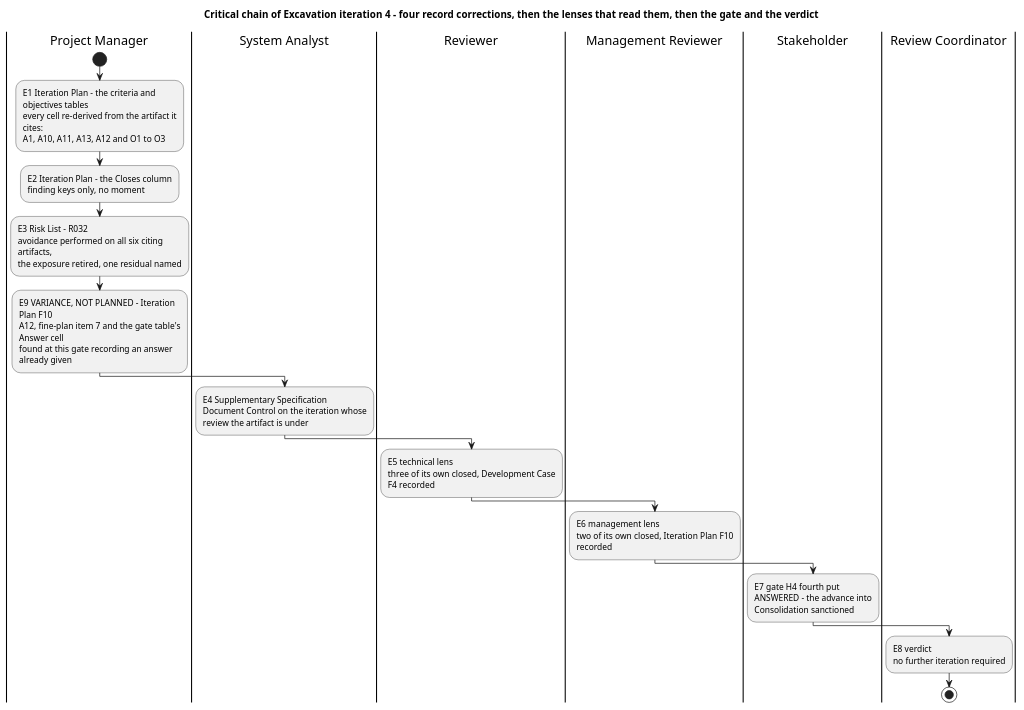
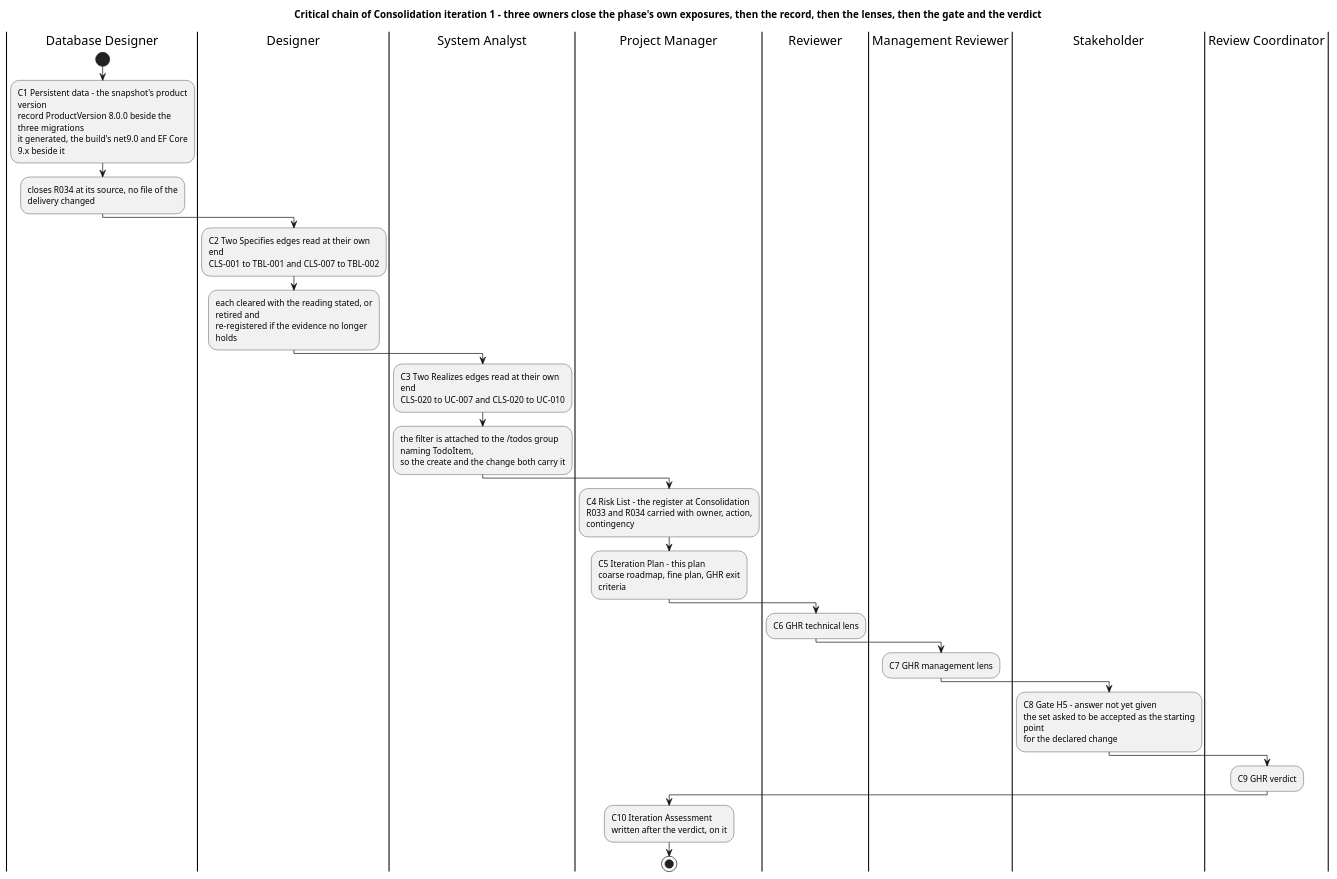
The third of 5 diagrams in docs/artifacts/project-management/iteration-plan.md (banense-test/TodoApp), drawn with PlantUML before and after one commit. The commit also changed other lines of this file, not shown here.

First line of the commit message:
Project Manager [Consolidation1]: upsert Iteration Plan

````diff
--- a/docs/artifacts/project-management/iteration-plan.md
+++ b/docs/artifacts/project-management/iteration-plan.md
@@ -154,40 +126,46 @@
 ```plantuml
 @startuml
-title Critical chain of Excavation iteration 4 - four record corrections, then the lenses that read them, then the gate and the verdict
+title Critical chain of Consolidation iteration 1 - three owners close the phase's own exposures, then the record, then the lenses, then the gate and the verdict
 skinparam shadowing false
 skinparam wrapWidth 245
 
-|Project Manager|
+|Database Designer|
 start
-:E1 Iteration Plan - the criteria and objectives tables
-every cell re-derived from the artifact it cites:
-A1, A10, A11, A13, A12 and O1 to O3;
-:E2 Iteration Plan - the Closes column
-finding keys only, no moment;
-:E3 Risk List - R032
-avoidance performed on all six citing artifacts,
-the exposure retired, one residual named;
-:E9 VARIANCE, NOT PLANNED - Iteration Plan F10
-A12, fine-plan item 7 and the gate table's Answer cell
-found at this gate recording an answer already given;
+:C1 Persistent data - the snapshot's product version
+record ProductVersion 8.0.0 beside the three migrations
+it generated, the build's net9.0 and EF Core 9.x beside it;
+:closes R034 at its source, no file of the delivery changed;
+
+|Designer|
+:C2 Two Specifies edges read at their own end
+CLS-001 to TBL-001 and CLS-007 to TBL-002;
+:each cleared with the reading stated, or retired and
+re-registered if the evidence no longer holds;
 
 |System Analyst|
-:E4 Supplementary Specification
-Document Control on the iteration whose
-review the artifact is under;
+:C3 Two Realizes edges read at their own end
+CLS-020 to UC-007 and CLS-020 to UC-010;
+:the filter is attached to the /todos group naming TodoItem,
+so the create and the change both carry it;
 
+|Project Manager|
+:C4 Risk List - the register at Consolidation
+R033 and R034 carried with owner, action, contingency;
+:C5 Iteration Plan - this plan
+coarse roadmap, fine plan, GHR exit criteria;
 |Reviewer|
-:E5 technical lens
-three of its own closed, Development Case F4 recorded;
+:C6 GHR technical lens;
 |Management Reviewer|
-:E6 management lens
-two of its own closed, Iteration Plan F10 recorded;
+:C7 GHR management lens;
 |Stakeholder|
-:E7 gate H4 fourth put
-ANSWERED - the advance into Consolidation sanctioned;
+:C8 Gate H5 - answer not yet given
+the set asked to be accepted as the starting point
+for the declared change;
 |Review Coordinator|
-:E8 verdict
-no further iteration required;
+:C9 GHR verdict;
+|Project Manager|
+:C10 Iteration Assessment
+written after the verdict, on it;
 stop
 @enduml
 ```
````
